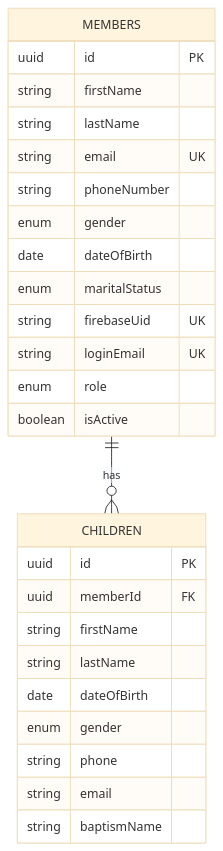
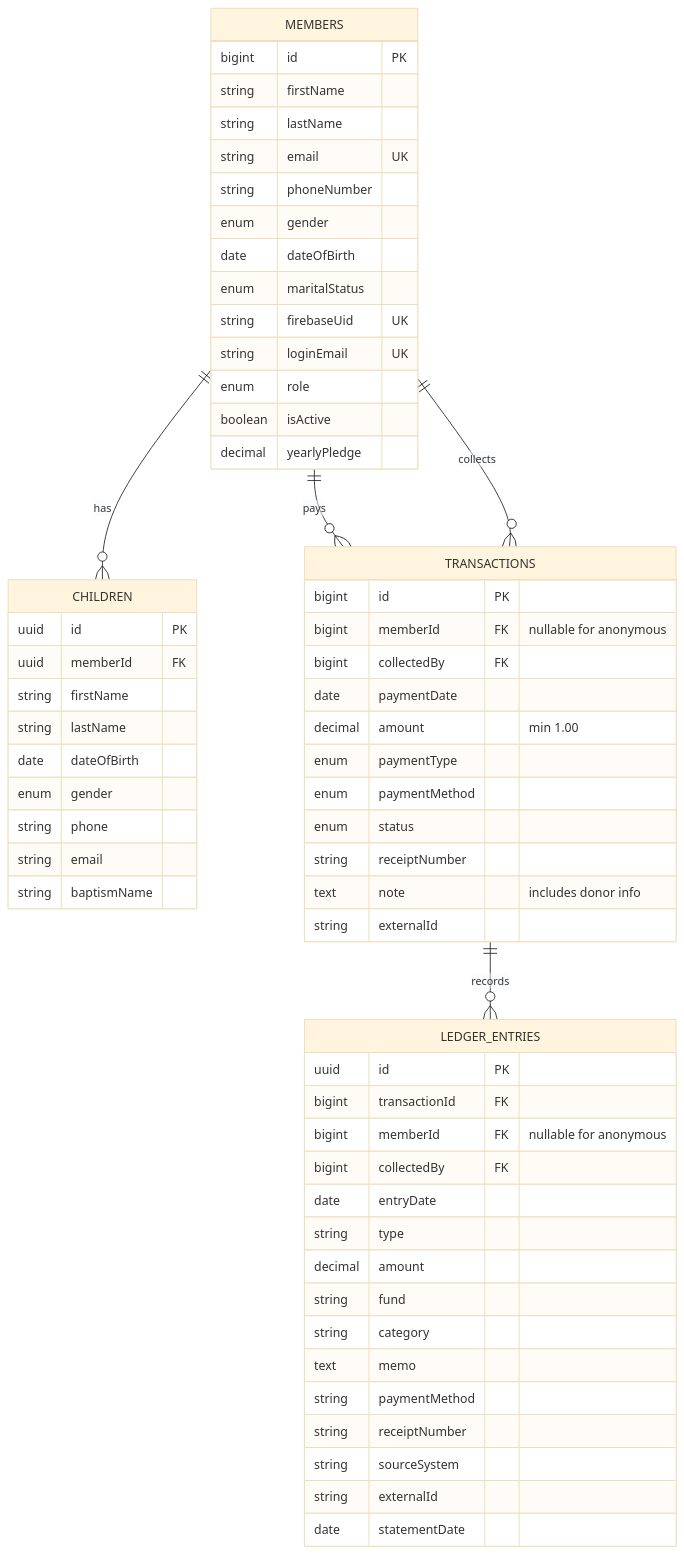
Before and after one commit to dawityifter/abune-aregawi: the third of 4 diagrams in README.md, drawn with Mermaid (base theme). The commit also changed other lines of this file and 3 other files, not shown here.

````diff
--- a/README.md
+++ b/README.md
@@ -300,31 +323,67 @@
 ```mermaid
 erDiagram
     MEMBERS {
-        uuid id PK
+        bigint id PK
         string firstName
         string lastName
         string email UK
         string phoneNumber
         enum gender
         date dateOfBirth
         enum maritalStatus
         string firebaseUid UK
         string loginEmail UK
         enum role
         boolean isActive
+        decimal yearlyPledge
     }
     
     CHILDREN {
         uuid id PK
         uuid memberId FK
         string firstName
         string lastName
         date dateOfBirth
         enum gender
         string phone
         string email
         string baptismName
     }
     
+    TRANSACTIONS {
+        bigint id PK
+        bigint memberId FK "nullable for anonymous"
+        bigint collectedBy FK
+        date paymentDate
+        decimal amount "min 1.00"
+        enum paymentType
+        enum paymentMethod
+        enum status
+        string receiptNumber
+        text note "includes donor info"
+        string externalId
+    }
+    
+    LEDGER_ENTRIES {
+        uuid id PK
+        bigint transactionId FK
+        bigint memberId FK "nullable for anonymous"
+        bigint collectedBy FK
+        date entryDate
+        string type
+        decimal amount
+        string fund
+        string category
+        text memo
+        string paymentMethod
+        string receiptNumber
+        string sourceSystem
+        string externalId
+        date statementDate
+    }
+    
     MEMBERS ||--o{ CHILDREN : "has"
+    MEMBERS ||--o{ TRANSACTIONS : "pays"
+    MEMBERS ||--o{ TRANSACTIONS : "collects"
+    TRANSACTIONS ||--o{ LEDGER_ENTRIES : "records"
 ```
````
